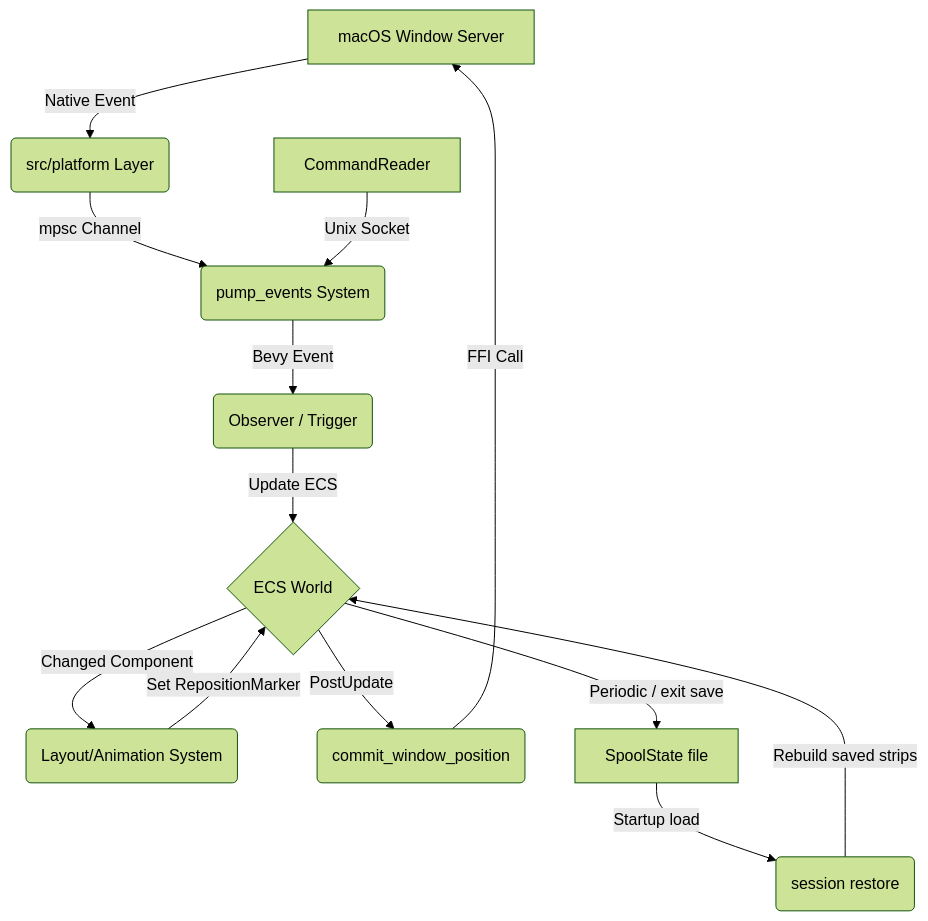
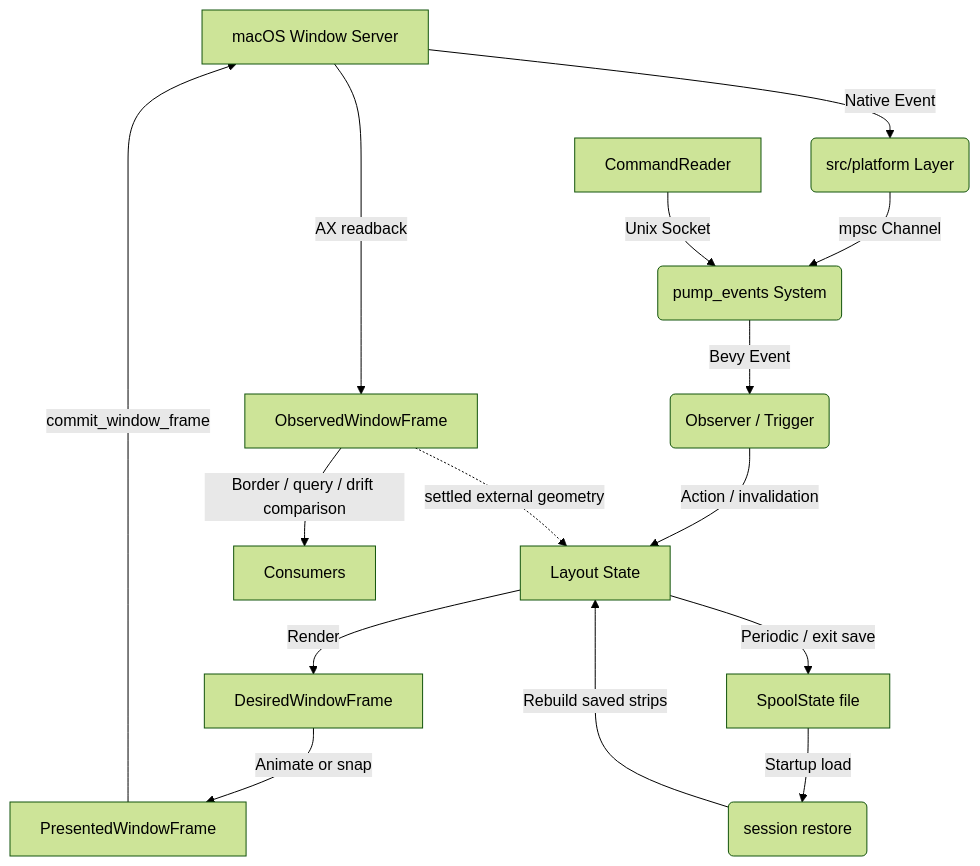
One commit to wxxxcxx/spool changed the diagram in ARCHITECTURE.md. Above: the diagram before and after it, drawn with Mermaid (forest theme). The commit also changed other lines of this file and 73 other files, not shown here.

Commit message:
Refactor window management architecture

````diff
--- a/ARCHITECTURE.md
+++ b/ARCHITECTURE.md
@@ -126,15 +144,17 @@
 ```mermaid
 graph TD
     A[macOS Window Server] -->|Native Event| B(src/platform Layer)
     B -->|mpsc Channel| C(pump_events System)
     C -->|Bevy Event| D(Observer / Trigger)
-    D -->|Update ECS| E{ECS World}
-    E -->|Changed Component| F(Layout/Animation System)
-    F -->|Set RepositionMarker| E
-    E -->|PostUpdate| G(commit_window_position)
-    G -->|FFI Call| A
+    D -->|Action / invalidation| E[Layout State]
+    E -->|Render| F[DesiredWindowFrame]
+    F -->|Animate or snap| G[PresentedWindowFrame]
+    G -->|commit_window_frame| A
+    A -->|AX readback| O[ObservedWindowFrame]
+    O -->|Border / query / drift comparison| Q[Consumers]
+    O -. settled external geometry .-> E
     H[CommandReader] -->|Unix Socket| C
     S[SpoolState file] -->|Startup load| R(session restore)
     R -->|Rebuild saved strips| E
     E -->|Periodic / exit save| S
 ```
````
